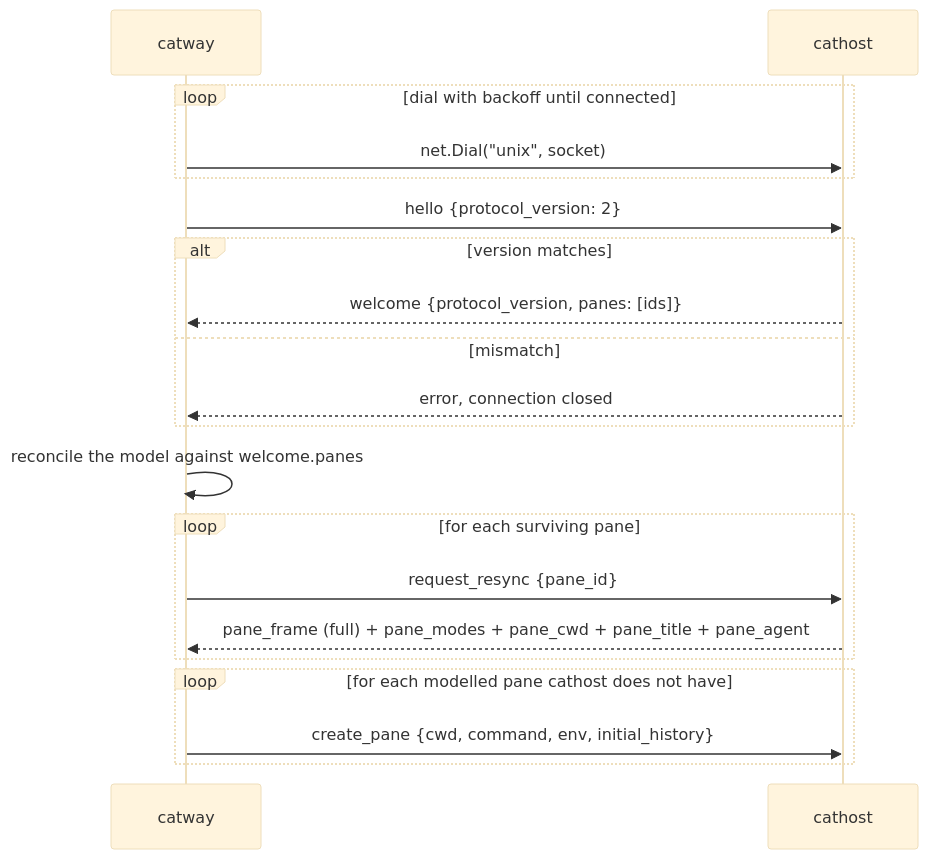
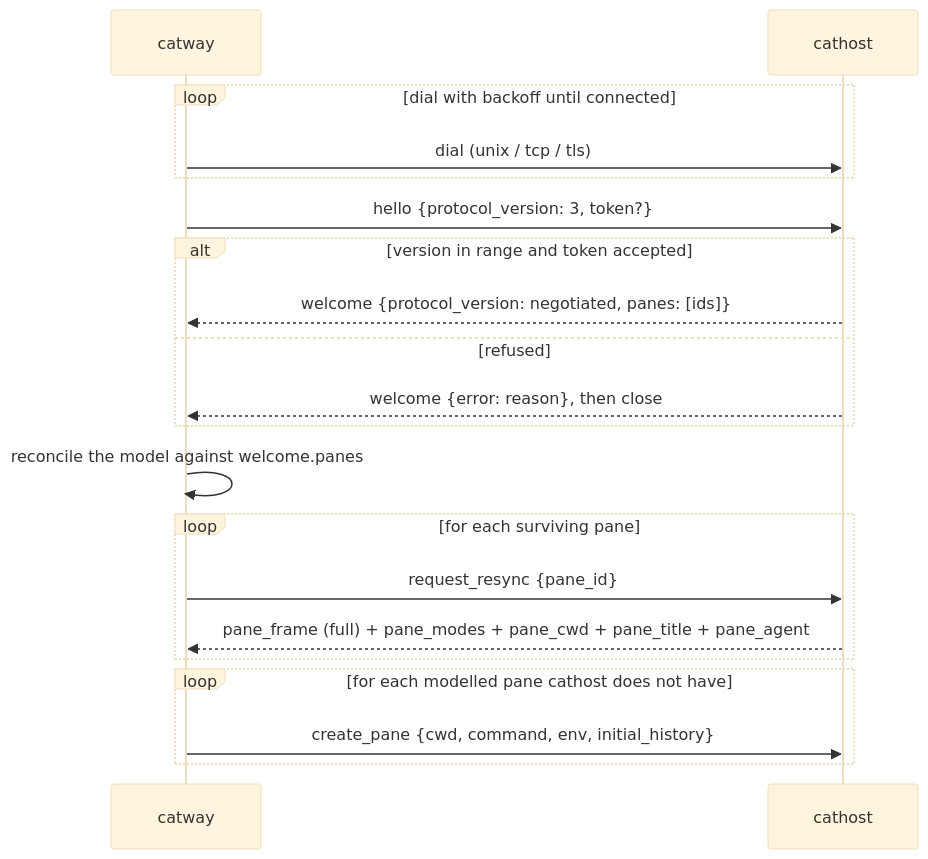
The first of 4 diagrams in docs/protocols/orchestration-seam.md (rohanthewiz/cats), drawn with Mermaid (base theme) before and after one commit. The commit also changed other lines of this file and 19 other files, not shown here.

````diff
--- a/docs/protocols/orchestration-seam.md
+++ b/docs/protocols/orchestration-seam.md
@@ -27,23 +33,23 @@
 ```mermaid
 sequenceDiagram
   participant GW as catway
   participant TH as cathost
 
   loop dial with backoff until connected
-    GW->>TH: net.Dial("unix", socket)
+    GW->>TH: dial (unix / tcp / tls)
   end
-  GW->>TH: hello {protocol_version: 2}
-  alt version matches
-    TH-->>GW: welcome {protocol_version, panes: [ids]}
-  else mismatch
-    TH-->>GW: error, connection closed
+  GW->>TH: hello {protocol_version: 3, token?}
+  alt version in range and token accepted
+    TH-->>GW: welcome {protocol_version: negotiated, panes: [ids]}
+  else refused
+    TH-->>GW: welcome {error: reason}, then close
   end
   GW->>GW: reconcile the model against welcome.panes
   loop for each surviving pane
     GW->>TH: request_resync {pane_id}
     TH-->>GW: pane_frame (full) + pane_modes + pane_cwd + pane_title + pane_agent
   end
   loop for each modelled pane cathost does not have
     GW->>TH: create_pane {cwd, command, env, initial_history}
   end
 ```
````
